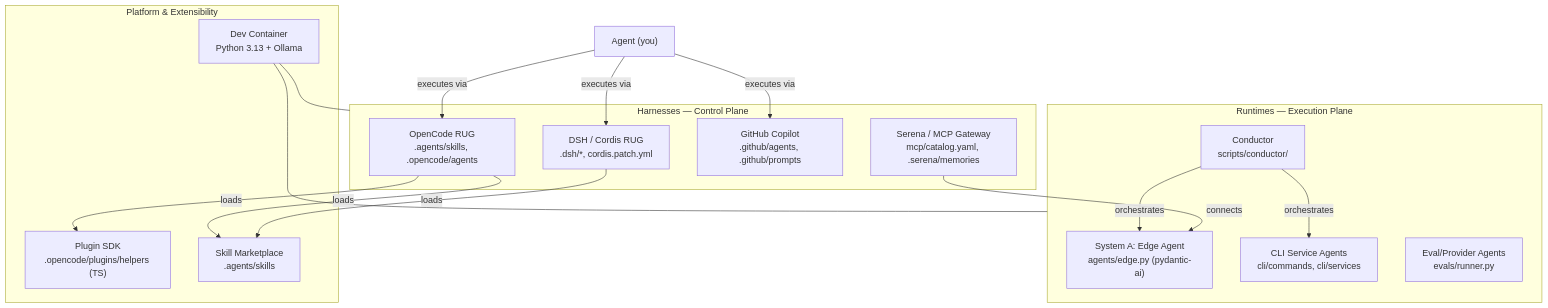
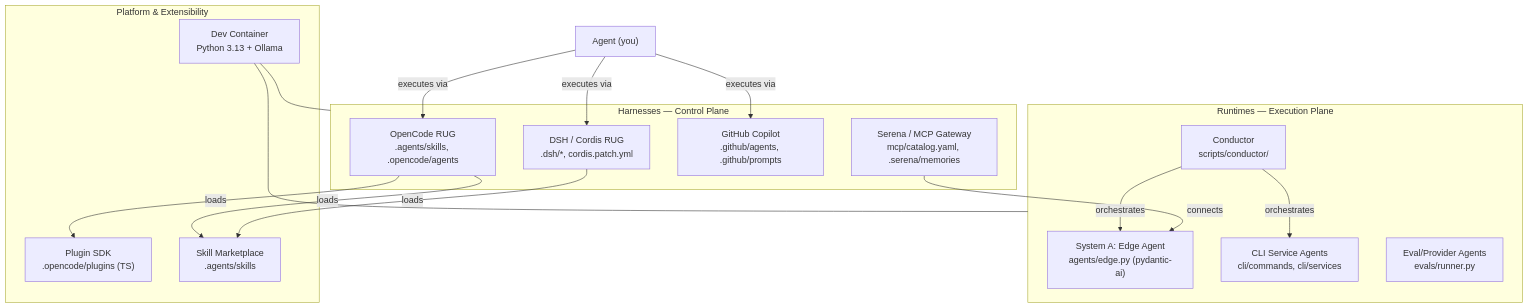
Before and after one commit to Th3Un1q3/edgent-smith: the diagram in AGENTS.md, drawn with Mermaid. The commit also changed other lines of this file and 306 other files, not shown here.

````diff
--- a/AGENTS.md
+++ b/AGENTS.md
@@ -12,32 +12,32 @@
 ```mermaid
 flowchart TB
     subgraph harnesses["Harnesses — Control Plane"]
         OpenCode["OpenCode RUG\n.agents/skills, .opencode/agents"]
         DSH["DSH / Cordis RUG\n.dsh/*, cordis.patch.yml"]
         Copilot["GitHub Copilot\n.github/agents, .github/prompts"]
         Serena["Serena / MCP Gateway\nmcp/catalog.yaml, .serena/memories"]
     end
     subgraph runtimes["Runtimes — Execution Plane"]
         EdgeA["System A: Edge Agent\nagents/edge.py (pydantic-ai)"]
         CLI["CLI Service Agents\ncli/commands, cli/services"]
         Evals["Eval/Provider Agents\nevals/runner.py"]
         Conductor["Conductor\nscripts/conductor/"]
     end
     subgraph platform["Platform & Extensibility"]
         DevContainer["Dev Container\nPython 3.13 + Ollama"]
-        PluginSDK["Plugin SDK\n.opencode/plugins/helpers (TS)"]
+        PluginSDK["Plugin SDK\n.opencode/plugins (TS)"]
         Skills["Skill Marketplace\n.agents/skills"]
     end
     Agent["Agent (you)"] -- executes via --> OpenCode
     Agent -- executes via --> DSH
     Agent -- executes via --> Copilot
     Conductor -- orchestrates --> EdgeA
     Conductor -- orchestrates --> CLI
     OpenCode -- loads --> PluginSDK
     OpenCode -- loads --> Skills
     DSH -- loads --> Skills
     Serena -- connects --> EdgeA
     DevContainer --- harnesses
     DevContainer --- runtimes
     DevContainer --- platform
 ```
````
